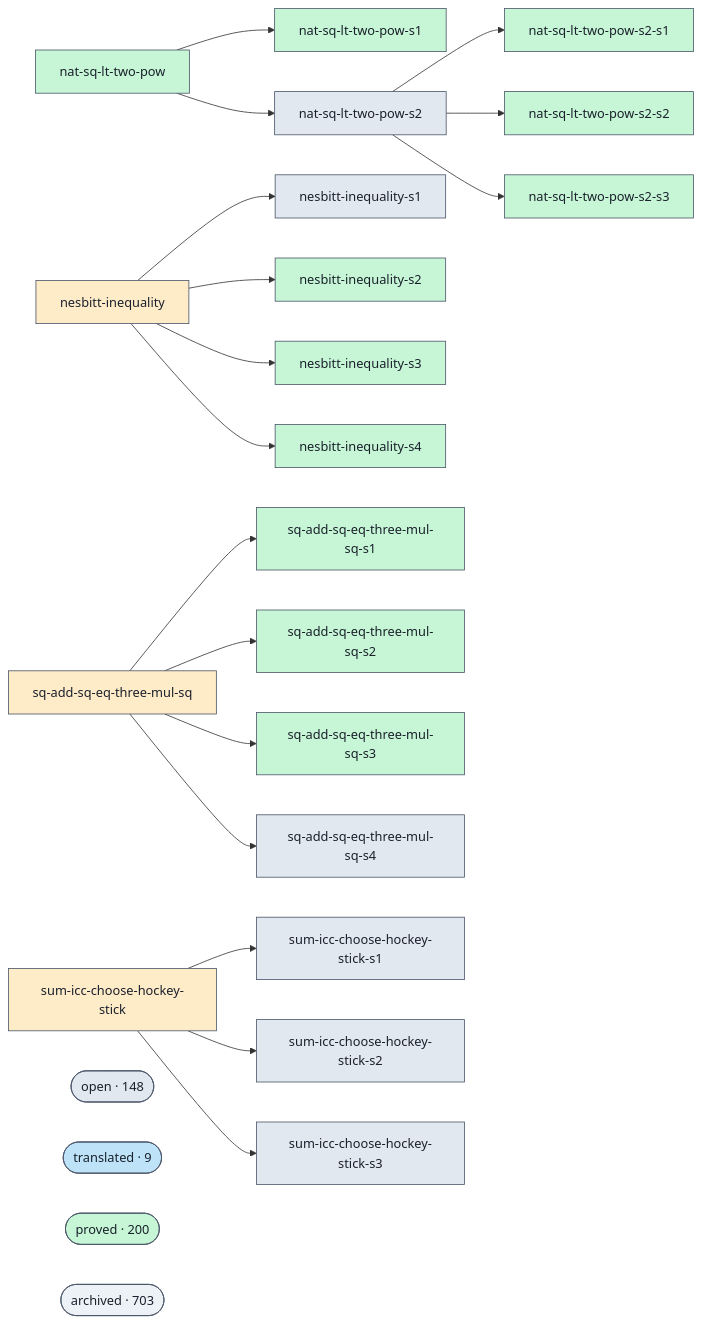
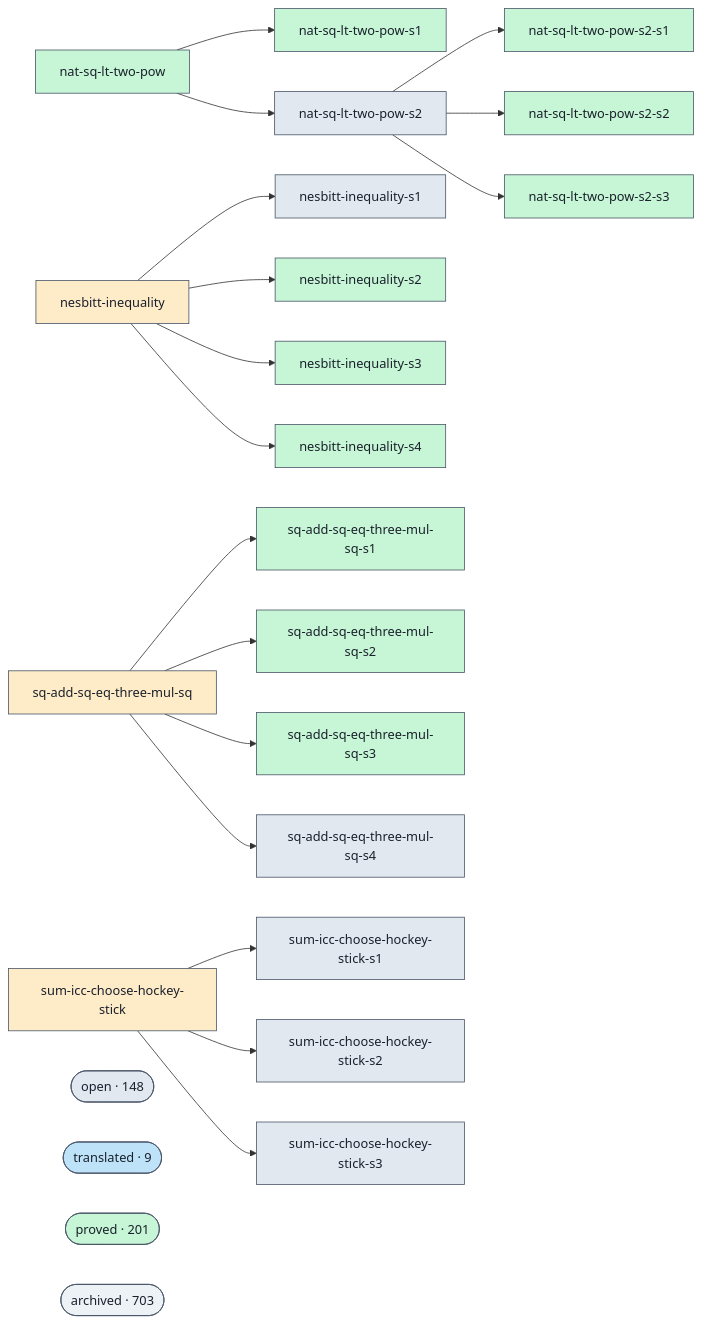
Before and after one commit to ohdearquant/unsorry: the diagram in docs/proofs-contributors-visualisation.md, drawn with Mermaid. The commit also changed other lines of this file and 2 other files, not shown here.

```diff
--- a/docs/proofs-contributors-visualisation.md
+++ b/docs/proofs-contributors-visualisation.md
@@ -102,7 +102,7 @@
   class cluster_open open;
   cluster_translated(["translated · 9"])
   class cluster_translated translated;
-  cluster_proved(["proved · 200"])
+  cluster_proved(["proved · 201"])
   class cluster_proved proved;
   cluster_archived(["archived · 703"])
   class cluster_archived unknown;
```
